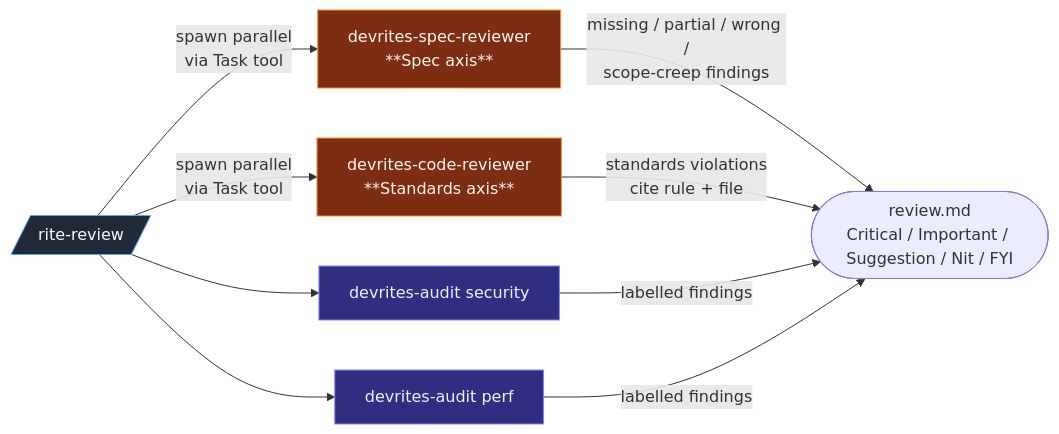
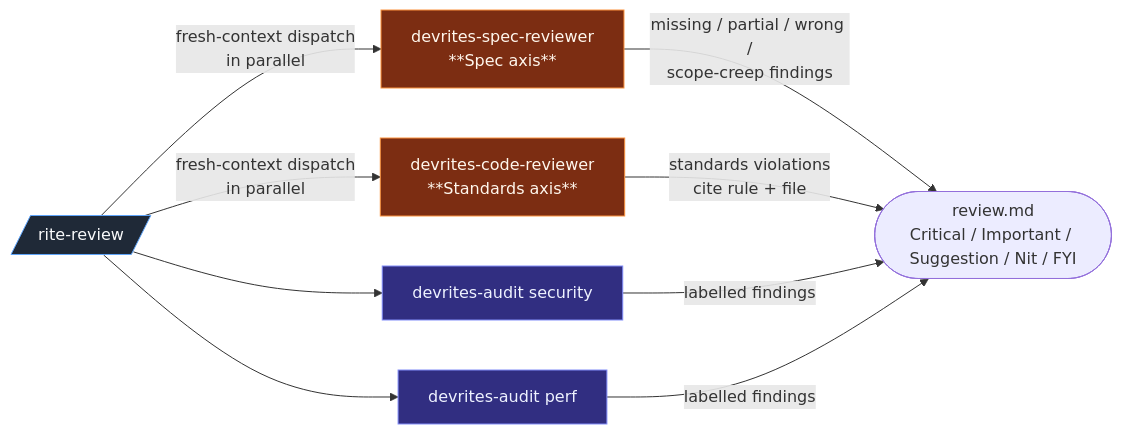
The third of 9 diagrams in docs/flow.md (ViktorsBaikers/DevRites), drawn with Mermaid before and after one commit. The commit also changed other lines of this file and 539 other files, not shown here.

````diff
--- a/docs/flow.md
+++ b/docs/flow.md
@@ -91,19 +100,19 @@
 ```mermaid
 flowchart LR
-    R[/rite-review/] -->|spawn parallel<br/>via Task tool| S[devrites-spec-reviewer<br/>**Spec axis**]
-    R -->|spawn parallel<br/>via Task tool| C[devrites-code-reviewer<br/>**Standards axis**]
+    R[/rite-review/] -->|fresh-context dispatch<br/>in parallel| S[devrites-spec-reviewer<br/>**Spec axis**]
+    R -->|fresh-context dispatch<br/>in parallel| C[devrites-code-reviewer<br/>**Standards axis**]
     S -->|missing / partial / wrong /<br/>scope-creep findings| Combine
     C -->|standards violations<br/>cite rule + file| Combine
     R --> Sec[devrites-audit security]
     R --> Perf[devrites-audit perf]
     Sec -->|labelled findings| Combine
     Perf -->|labelled findings| Combine
     Combine([review.md<br/>Critical / Important / Suggestion / Nit / FYI])
 
     classDef phase fill:#1f2937,stroke:#60a5fa,color:#f9fafb
     classDef agent fill:#7c2d12,stroke:#fb923c,color:#fff7ed
     classDef skill fill:#312e81,stroke:#818cf8,color:#eef2ff
     class R phase
     class S,C agent
     class Sec,Perf skill
 ```
````
